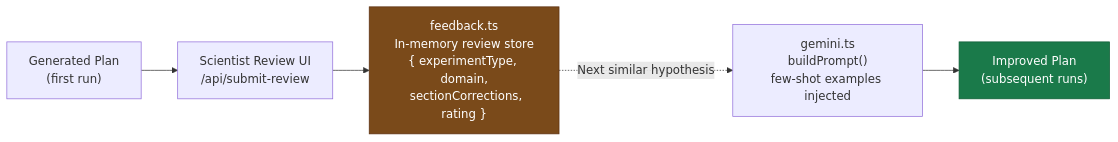
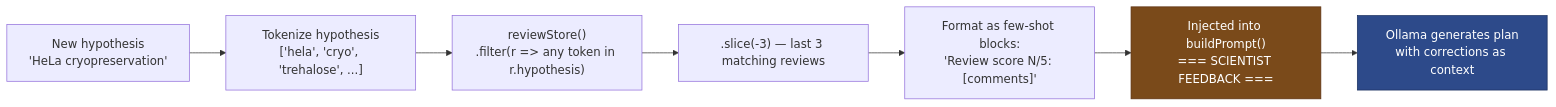
The seventh of 8 diagrams in ARCHITECTURE.md (AdeelTahir-SE/Hack_Nation_HACKATHON_AI_Scientist), drawn with Mermaid before and after one commit. The commit also changed other lines of this file and 9 other files, not shown here.

Commit message:
docs: update architecture and submission documentation to detail the scientist review feedback loop implementation

````diff
--- a/ARCHITECTURE.md
+++ b/ARCHITECTURE.md
@@ -170,10 +236,13 @@
 ```mermaid
 flowchart LR
-    P["Generated Plan\n(first run)"] --> R["Scientist Review UI\n/api/submit-review"]
-    R --> FS["feedback.ts\nIn-memory review store\n{ experimentType, domain,\n  sectionCorrections, rating }"]
-    FS -.->|"Next similar hypothesis"| GEN["gemini.ts\nbuildPrompt()\nfew-shot examples injected"]
-    GEN --> P2["Improved Plan\n(subsequent runs)"]
+    H["New hypothesis\n'HeLa cryopreservation'"]
+    H --> TOK["Tokenize hypothesis\n['hela', 'cryo', 'trehalose', ...]"]
+    TOK --> FILTER["reviewStore()\n.filter(r => any token in r.hypothesis)"]
+    FILTER --> SLICE[".slice(-3) — last 3 matching reviews"]
+    SLICE --> FORMAT["Format as few-shot blocks:\n'Review score N/5: [comments]'"]
+    FORMAT --> INJ["Injected into buildPrompt()\n=== SCIENTIST FEEDBACK ==="]
+    INJ --> OL["Ollama generates plan\nwith corrections as context"]
 
-    style P2 fill:#1a7a4a,color:#fff,stroke:#0d5c35
-    style FS fill:#7a4a1a,color:#fff,stroke:#5c3010
+    style OL fill:#2d4a8a,color:#fff,stroke:#1a3060
+    style INJ fill:#7a4a1a,color:#fff,stroke:#5c3010
 ```
````
